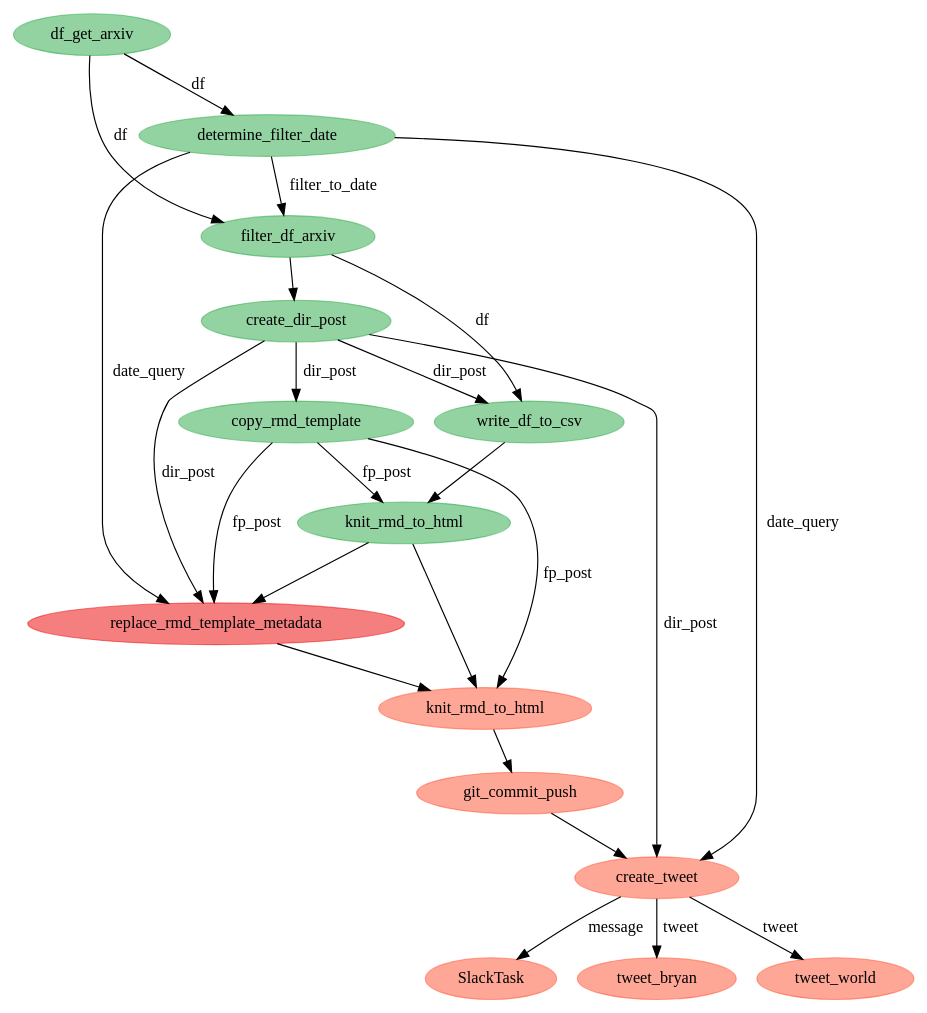
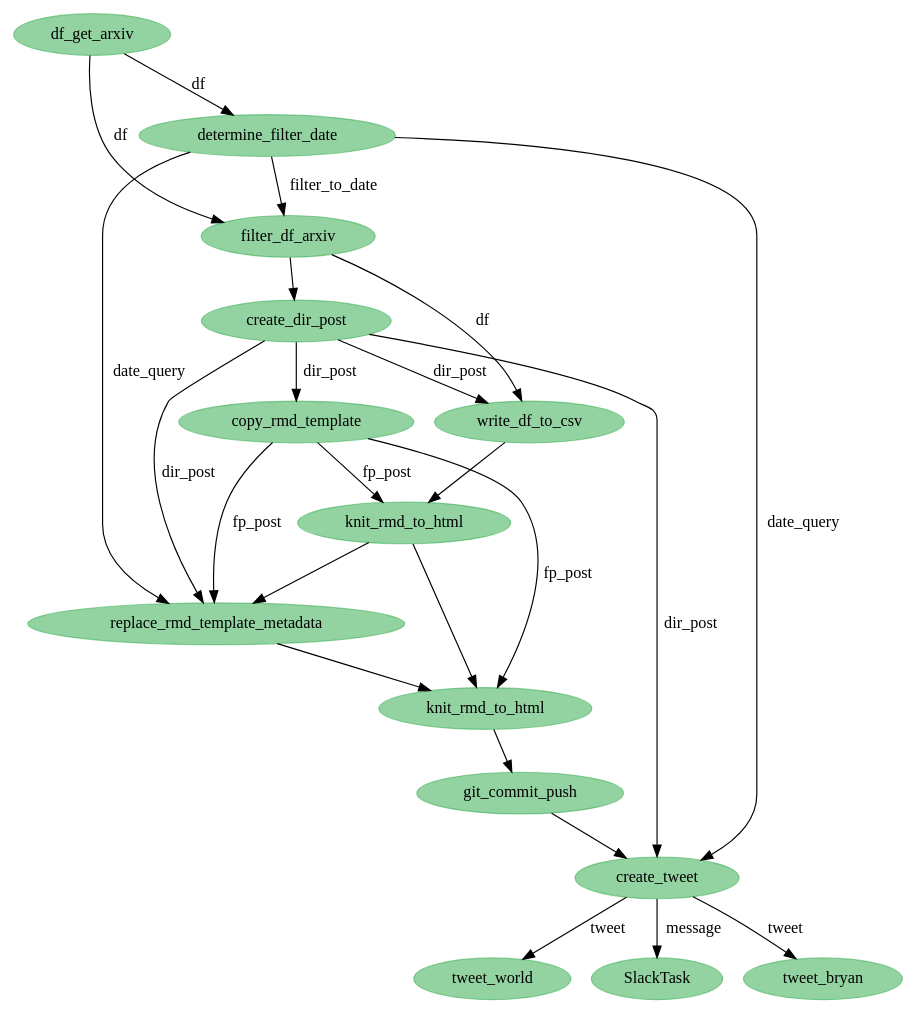
Before and after one commit to bryanwhiting/ds-arxiv: the diagram in python/state-viz.dot, drawn with Graphviz. The commit also changed 17 other files, not shown here.

```diff
--- a/python/state-viz.dot
+++ b/python/state-viz.dot
@@ -1,39 +1,39 @@
 digraph {
-	4676774736 [label=SlackTask color="#ff513180" colorscheme=svg shape=ellipse style=filled]
-	4676774096 [label=tweet_bryan color="#ff513180" colorscheme=svg shape=ellipse style=filled]
-	4676705936 [label=df_get_arxiv color="#28a74580" colorscheme=svg shape=ellipse style=filled]
-	4676705552 [label=determine_filter_date color="#28a74580" colorscheme=svg shape=ellipse style=filled]
-	4676705872 [label=filter_df_arxiv color="#28a74580" colorscheme=svg shape=ellipse style=filled]
-	4676756176 [label=write_df_to_csv color="#28a74580" colorscheme=svg shape=ellipse style=filled]
-	4676755664 [label=create_dir_post color="#28a74580" colorscheme=svg shape=ellipse style=filled]
-	4676757136 [label=copy_rmd_template color="#28a74580" colorscheme=svg shape=ellipse style=filled]
-	4676757392 [label=knit_rmd_to_html color="#28a74580" colorscheme=svg shape=ellipse style=filled]
-	4676758096 [label=replace_rmd_template_metadata color="#eb000080" colorscheme=svg shape=ellipse style=filled]
-	4676759312 [label=knit_rmd_to_html color="#ff513180" colorscheme=svg shape=ellipse style=filled]
-	4676772560 [label=git_commit_push color="#ff513180" colorscheme=svg shape=ellipse style=filled]
-	4676773200 [label=create_tweet color="#ff513180" colorscheme=svg shape=ellipse style=filled]
-	4676774352 [label=tweet_world color="#ff513180" colorscheme=svg shape=ellipse style=filled]
-	4676773200 -> 4676774736 [label=message]
-	4676773200 -> 4676774096 [label=tweet]
-	4676773200 -> 4676774352 [label=tweet]
-	4676757136 -> 4676758096 [label=fp_post]
-	4676705552 -> 4676773200 [label=date_query]
-	4676705552 -> 4676758096 [label=date_query]
-	4676705552 -> 4676705872 [label=filter_to_date]
-	4676705936 -> 4676705872 [label=df]
-	4676755664 -> 4676756176 [label=dir_post]
-	4676756176 -> 4676757392
-	4676755664 -> 4676758096 [label=dir_post]
-	4676757392 -> 4676758096
-	4676758096 -> 4676759312
-	4676759312 -> 4676772560
-	4676755664 -> 4676773200 [label=dir_post]
-	4676757136 -> 4676759312 [label=fp_post]
-	4676757136 -> 4676757392 [label=fp_post]
-	4676705936 -> 4676705552 [label=df]
-	4676705872 -> 4676756176 [label=df]
-	4676755664 -> 4676757136 [label=dir_post]
-	4676705872 -> 4676755664
-	4676757392 -> 4676759312
-	4676772560 -> 4676773200
+	4618628560 [label=tweet_world color="#28a74580" colorscheme=svg shape=ellipse style=filled]
+	4618629072 [label=SlackTask color="#28a74580" colorscheme=svg shape=ellipse style=filled]
+	4618592912 [label=df_get_arxiv color="#28a74580" colorscheme=svg shape=ellipse style=filled]
+	4618592656 [label=filter_df_arxiv color="#28a74580" colorscheme=svg shape=ellipse style=filled]
+	4618592400 [label=determine_filter_date color="#28a74580" colorscheme=svg shape=ellipse style=filled]
+	4618594000 [label=write_df_to_csv color="#28a74580" colorscheme=svg shape=ellipse style=filled]
+	4618593488 [label=create_dir_post color="#28a74580" colorscheme=svg shape=ellipse style=filled]
+	4618594960 [label=copy_rmd_template color="#28a74580" colorscheme=svg shape=ellipse style=filled]
+	4618595216 [label=knit_rmd_to_html color="#28a74580" colorscheme=svg shape=ellipse style=filled]
+	4618595920 [label=replace_rmd_template_metadata color="#28a74580" colorscheme=svg shape=ellipse style=filled]
+	4618625872 [label=knit_rmd_to_html color="#28a74580" colorscheme=svg shape=ellipse style=filled]
+	4618626768 [label=git_commit_push color="#28a74580" colorscheme=svg shape=ellipse style=filled]
+	4618627408 [label=create_tweet color="#28a74580" colorscheme=svg shape=ellipse style=filled]
+	4618628304 [label=tweet_bryan color="#28a74580" colorscheme=svg shape=ellipse style=filled]
+	4618592912 -> 4618592656 [label=df]
+	4618592912 -> 4618592400 [label=df]
+	4618593488 -> 4618594000 [label=dir_post]
+	4618593488 -> 4618595920 [label=dir_post]
+	4618593488 -> 4618627408 [label=dir_post]
+	4618627408 -> 4618628304 [label=tweet]
+	4618627408 -> 4618628560 [label=tweet]
+	4618592656 -> 4618593488
+	4618594960 -> 4618595216 [label=fp_post]
+	4618594000 -> 4618595216
+	4618595216 -> 4618595920
+	4618595216 -> 4618625872
+	4618627408 -> 4618629072 [label=message]
+	4618592656 -> 4618594000 [label=df]
+	4618592400 -> 4618595920 [label=date_query]
+	4618592400 -> 4618627408 [label=date_query]
+	4618593488 -> 4618594960 [label=dir_post]
+	4618595920 -> 4618625872
+	4618594960 -> 4618595920 [label=fp_post]
+	4618594960 -> 4618625872 [label=fp_post]
+	4618625872 -> 4618626768
+	4618626768 -> 4618627408
+	4618592400 -> 4618592656 [label=filter_to_date]
 }
```
